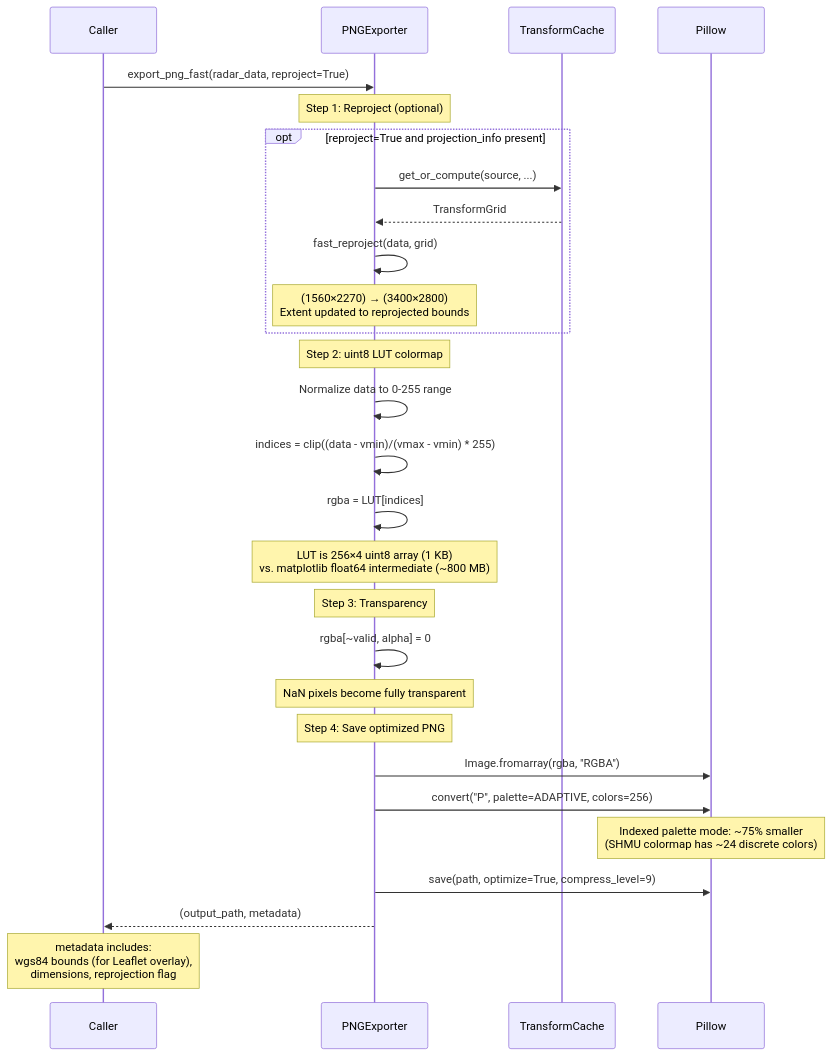
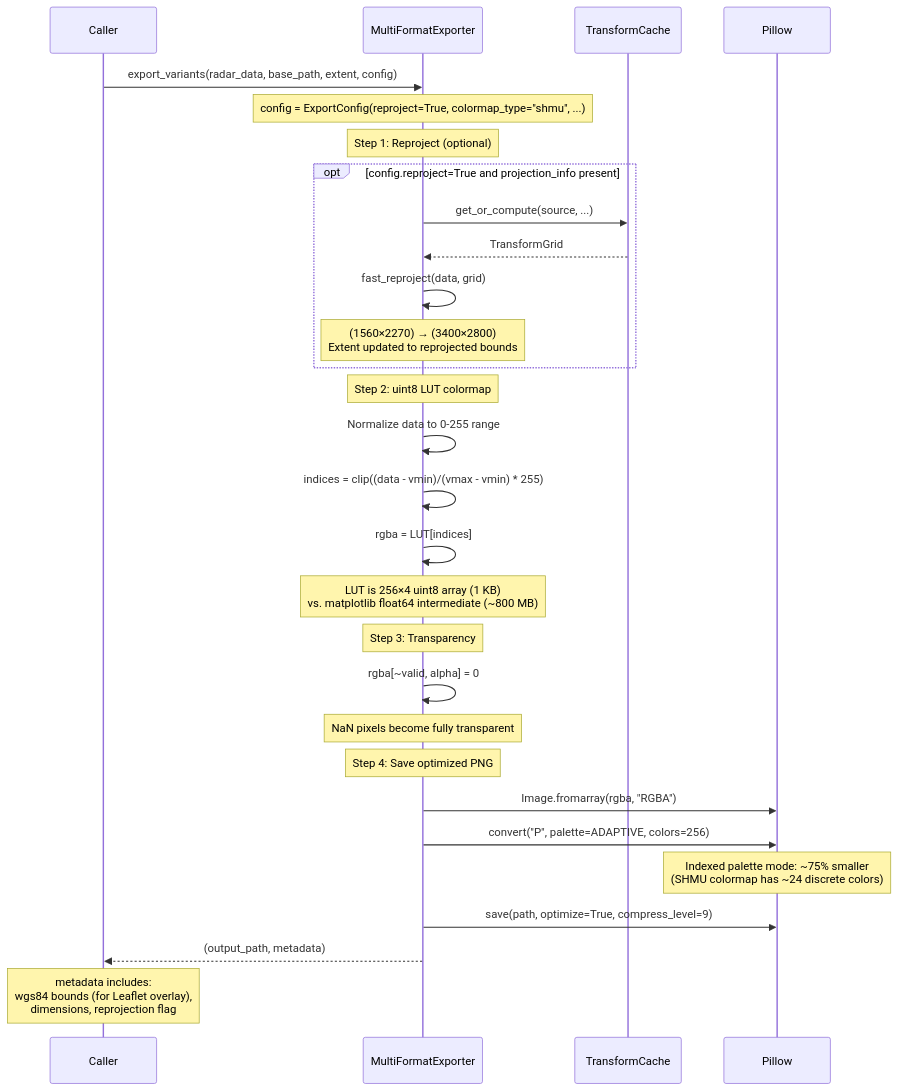
One commit to franko14/radar-shmu changed the ninth of 13 diagrams in docs/data-flow.md. Above: the diagram before and after it, drawn with Mermaid. The commit also changed other lines of this file and 4 other files, not shown here.

````diff
--- a/docs/data-flow.md
+++ b/docs/data-flow.md
@@ -417,36 +419,37 @@
 ```mermaid
 sequenceDiagram
     participant Caller
-    participant Exporter as PNGExporter
+    participant Exporter as MultiFormatExporter
     participant TCache as TransformCache
     participant PIL as Pillow
 
-    Caller->>Exporter: export_png_fast(radar_data, reproject=True)
+    Caller->>Exporter: export_variants(radar_data, base_path, extent, config)
+    Note over Exporter: config = ExportConfig(reproject=True, colormap_type="shmu", ...)
 
     Note over Exporter: Step 1: Reproject (optional)
-    opt reproject=True and projection_info present
+    opt config.reproject=True and projection_info present
         Exporter->>TCache: get_or_compute(source, ...)
         TCache-->>Exporter: TransformGrid
         Exporter->>Exporter: fast_reproject(data, grid)
         Note over Exporter: (1560×2270) → (3400×2800)<br/>Extent updated to reprojected bounds
     end
 
     Note over Exporter: Step 2: uint8 LUT colormap
     Exporter->>Exporter: Normalize data to 0-255 range
     Exporter->>Exporter: indices = clip((data - vmin)/(vmax - vmin) * 255)
     Exporter->>Exporter: rgba = LUT[indices]
     Note over Exporter: LUT is 256×4 uint8 array (1 KB)<br/>vs. matplotlib float64 intermediate (~800 MB)
 
     Note over Exporter: Step 3: Transparency
     Exporter->>Exporter: rgba[~valid, alpha] = 0
     Note over Exporter: NaN pixels become fully transparent
 
     Note over Exporter: Step 4: Save optimized PNG
     Exporter->>PIL: Image.fromarray(rgba, "RGBA")
     Exporter->>PIL: convert("P", palette=ADAPTIVE, colors=256)
     Note over PIL: Indexed palette mode: ~75% smaller<br/>(SHMU colormap has ~24 discrete colors)
     Exporter->>PIL: save(path, optimize=True, compress_level=9)
 
     Exporter-->>Caller: (output_path, metadata)
     Note over Caller: metadata includes:<br/>wgs84 bounds (for Leaflet overlay),<br/>dimensions, reprojection flag
 ```
````
